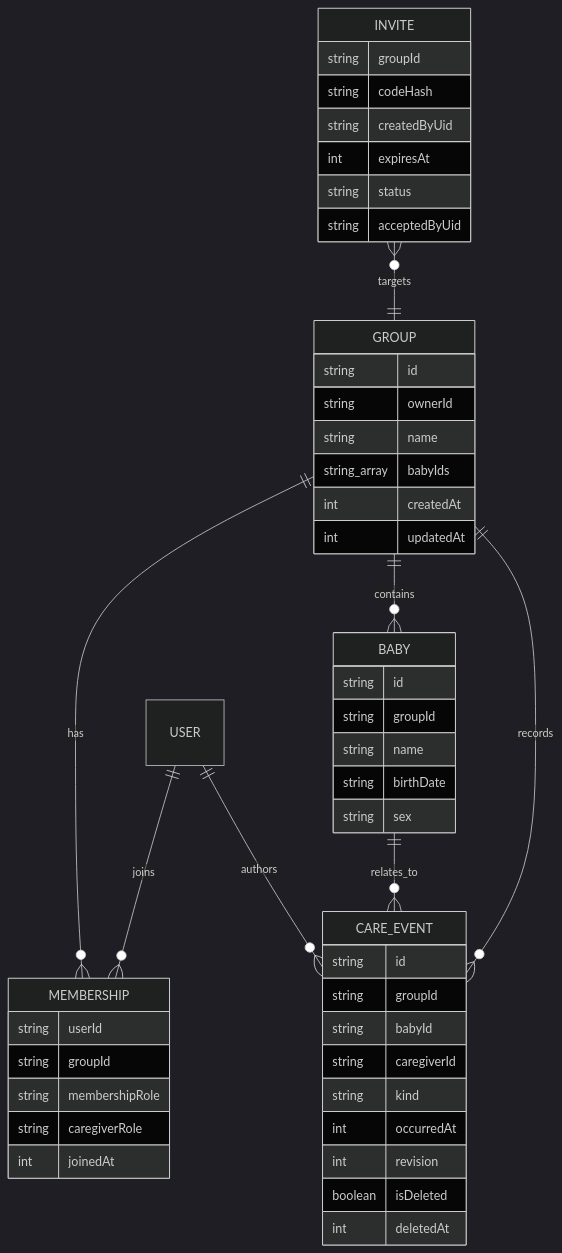
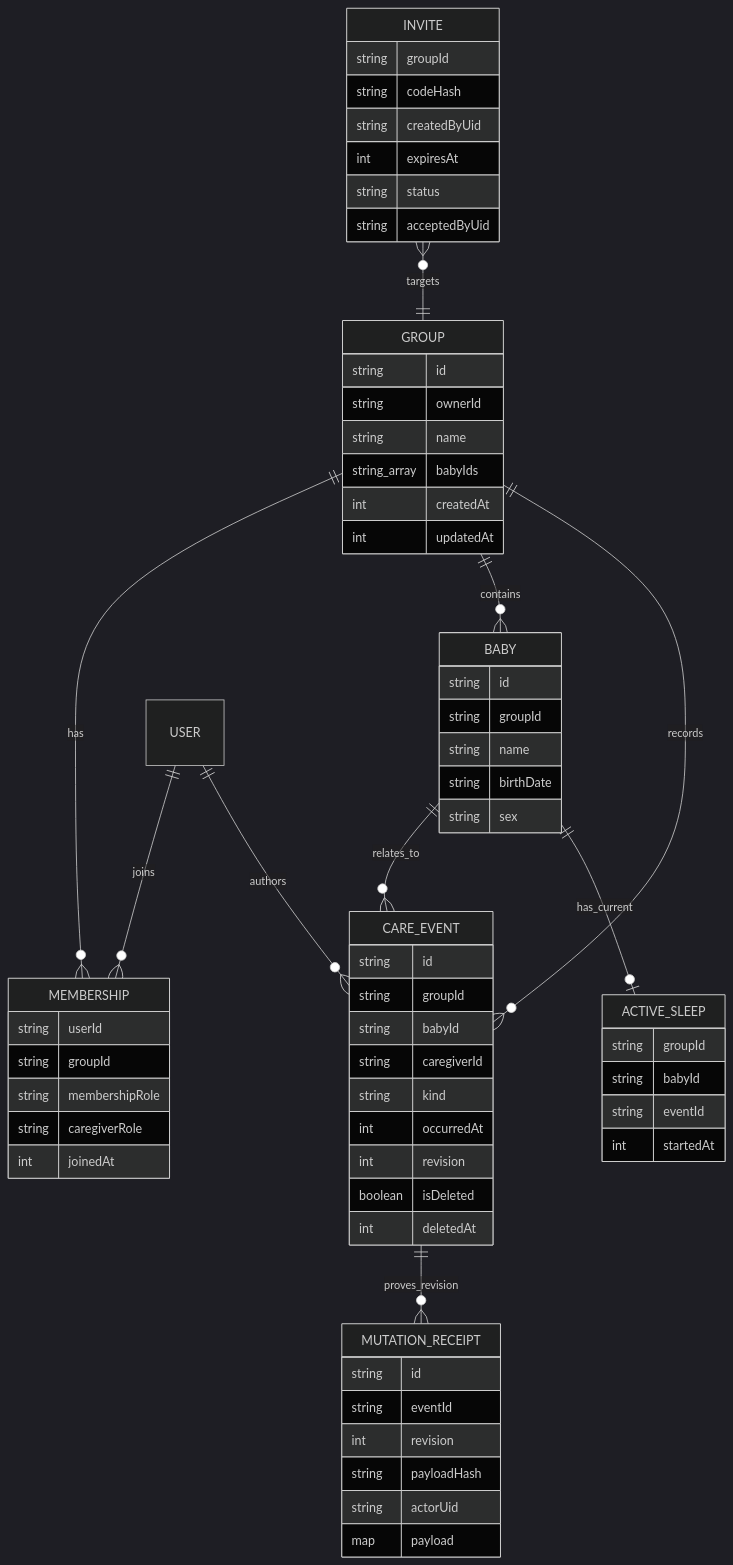
Before and after one commit to seorilabs/babycare: the first of 2 diagrams in docs/05-markets/firebase.md, drawn with Mermaid (dark theme). The commit also changed other lines of this file and 49 other files, not shown here.

````diff
--- a/docs/05-markets/firebase.md
+++ b/docs/05-markets/firebase.md
@@ -34,52 +34,68 @@
 ```mermaid
 erDiagram
   GROUP ||--o{ MEMBERSHIP : has
   GROUP ||--o{ BABY : contains
   GROUP ||--o{ CARE_EVENT : records
   BABY ||--o{ CARE_EVENT : relates_to
+  BABY ||--o| ACTIVE_SLEEP : has_current
+  CARE_EVENT ||--o{ MUTATION_RECEIPT : proves_revision
   USER ||--o{ MEMBERSHIP : joins
   USER ||--o{ CARE_EVENT : authors
   INVITE }o--|| GROUP : targets
 
   GROUP {
     string id
     string ownerId
     string name
     string_array babyIds
     int createdAt
     int updatedAt
   }
   MEMBERSHIP {
     string userId
     string groupId
     string membershipRole
     string caregiverRole
     int joinedAt
   }
   BABY {
     string id
     string groupId
     string name
     string birthDate
     string sex
   }
   CARE_EVENT {
     string id
     string groupId
     string babyId
     string caregiverId
     string kind
     int occurredAt
     int revision
     boolean isDeleted
     int deletedAt
   }
+  ACTIVE_SLEEP {
+    string groupId
+    string babyId
+    string eventId
+    int startedAt
+  }
+  MUTATION_RECEIPT {
+    string id
+    string eventId
+    int revision
+    string payloadHash
+    string actorUid
+    map payload
+  }
   INVITE {
     string groupId
     string codeHash
     string createdByUid
     int expiresAt
     string status
     string acceptedByUid
   }
 ```
````
